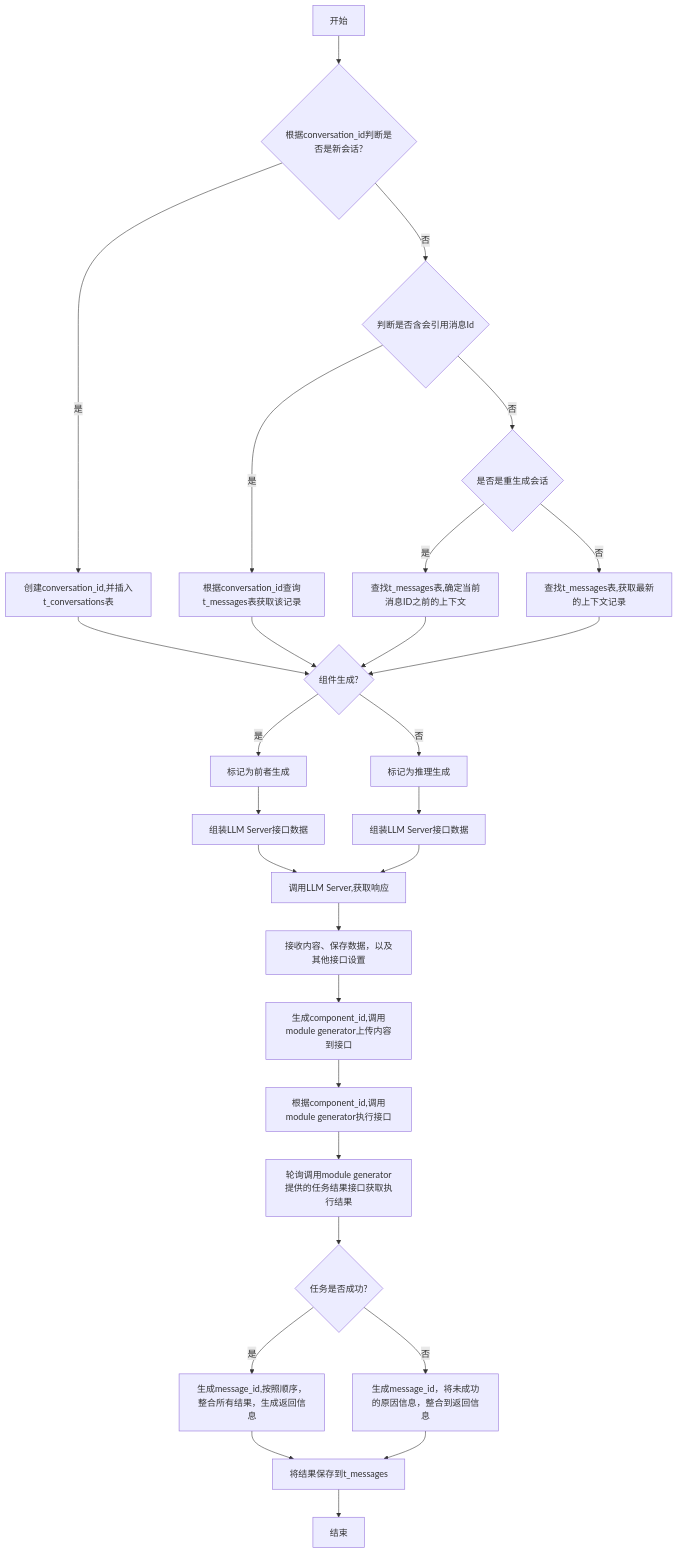
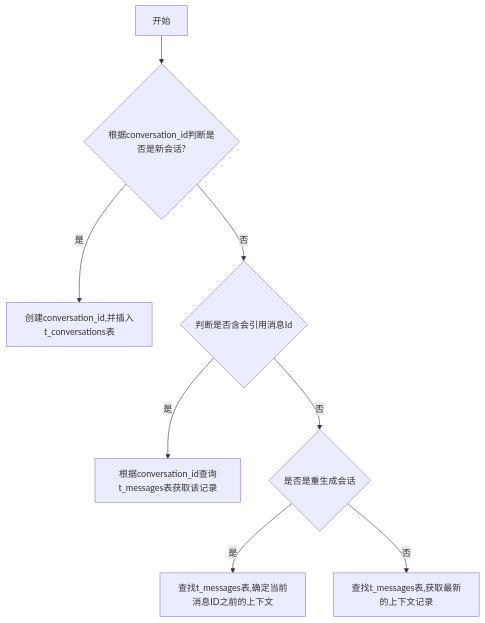
One commit to yingjianzh/iodraw-files changed the diagram in all/未命名-7.md. Above: the diagram before and after it, drawn with Mermaid.

Commit message:
2024-10-12 14:20:12 update

````diff
--- a/all/未命名-7.md
+++ b/all/未命名-7.md
@@ -1,31 +1,13 @@
 ```mermaid
 flowchart TD
     A[开始] --> B{根据conversation_id判断是否是新会话?}
     B -- 是 --> C[创建conversation_id,并插入t_conversations表]
     B -- 否 --> D{判断是否含会引用消息Id}
     D -- 是 --> E[根据conversation_id查询t_messages表获取该记录]
     D -- 否 --> F{是否是重生成会话}
     F -- 是 --> G[查找t_messages表,确定当前消息ID之前的上下文]
     F -- 否 --> H[查找t_messages表,获取最新的上下文记录]
 
-    C & E & G & H --> I{组件生成?}
-    I -- 是 --> J[标记为前者生成]
-    I -- 否 --> K[标记为推理生成]
-
-    J --> L[组装LLM Server接口数据]
-    K --> M[组装LLM Server接口数据]
-    L & M --> N[调用LLM Server,获取响应]
-    N --> O[接收内容、保存数据，以及其他接口设置]
-
-    O --> P[生成component_id,调用module generator上传内容到接口]
-    P --> Q[根据component_id,调用module generator执行接口]
-    Q --> R[轮询调用module generator提供的任务结果接口获取执行结果]
-
-    R --> S{任务是否成功?}
-    S -- 是 --> T[生成message_id,按照顺序，整合所有结果，生成返回信息]
-    S -- 否 --> U[生成message_id，将未成功的原因信息，整合到返回信息]
-
-    T & U --> V[将结果保存到t_messages]
-    V --> W[结束]
+    
 
 ```
````
